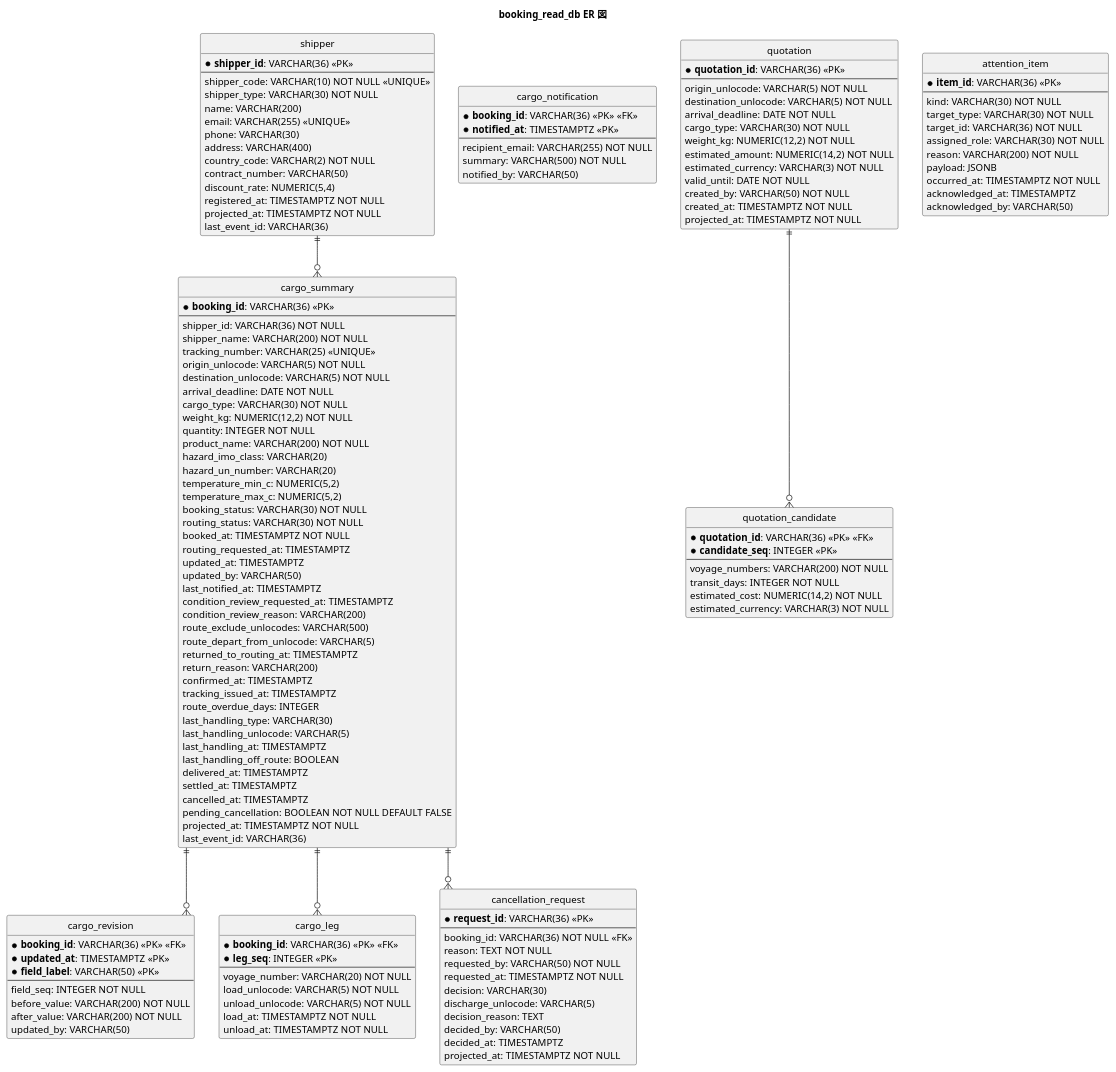
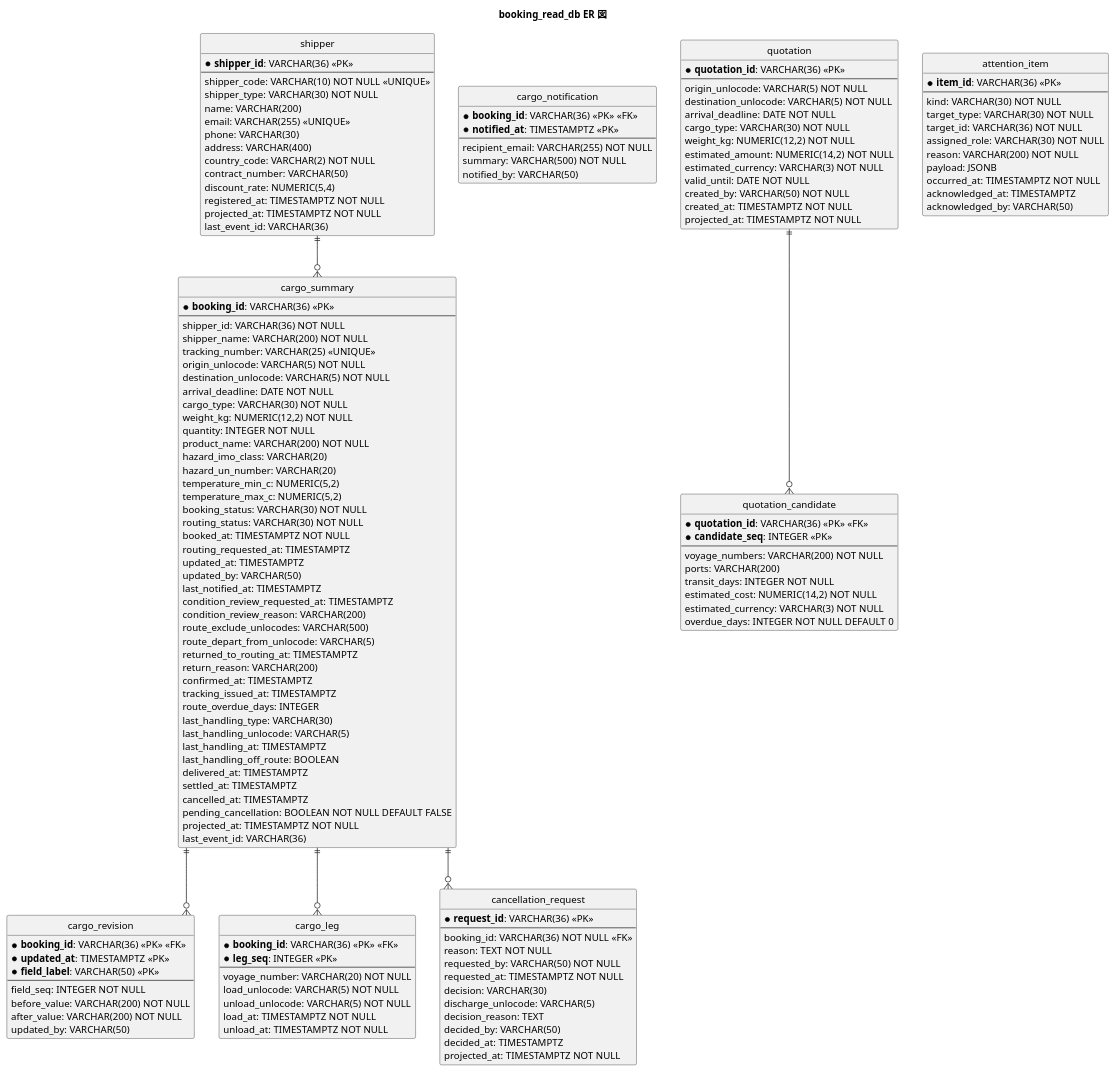
The fourth of 10 diagrams in docs/design/cargo-tracker/data-model.md (k2works/case-study-cargo-tracker), drawn with PlantUML before and after one commit. The commit also changed other lines of this file and 26 other files, not shown here.

```diff
--- a/docs/design/cargo-tracker/data-model.md
+++ b/docs/design/cargo-tracker/data-model.md
@@ -378,9 +378,11 @@
   * **candidate_seq**: INTEGER <<PK>>
   --
   voyage_numbers: VARCHAR(200) NOT NULL
+  ports: VARCHAR(200)
   transit_days: INTEGER NOT NULL
   estimated_cost: NUMERIC(14,2) NOT NULL
   estimated_currency: VARCHAR(3) NOT NULL
+  overdue_days: INTEGER NOT NULL DEFAULT 0
 }
 
 entity "attention_item" as att {
```
